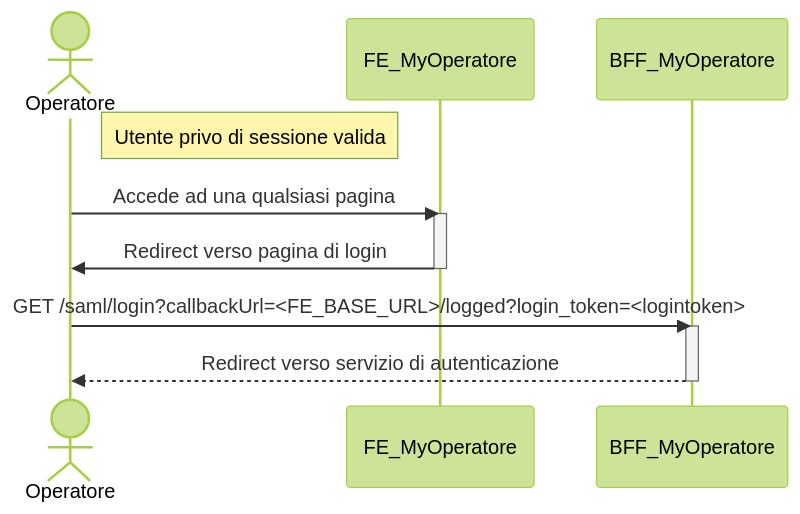
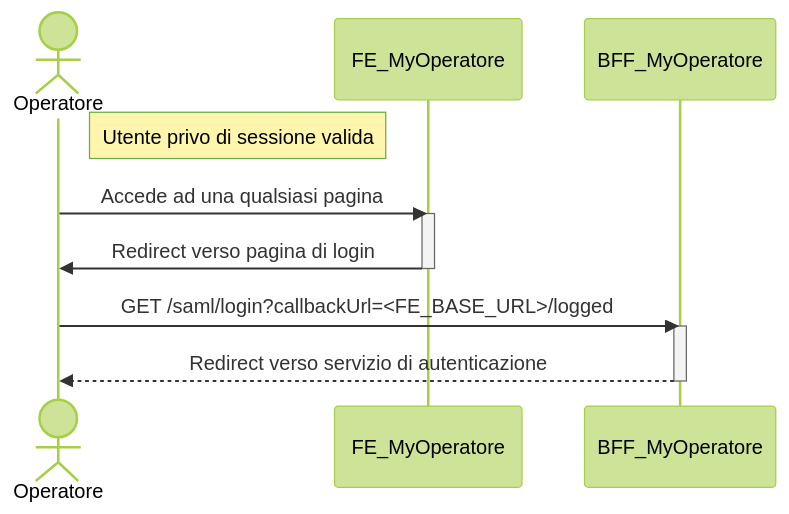
One commit to pagopa/p4pa-doc changed the diagram in confluence/DesignReview/AutenticazioneEAutorizzazioneInMyPayOperatore/ASIS_noValidSession.mmd. Above: the diagram before and after it, drawn with Mermaid (forest theme). The commit also changed 1 other file, not shown here.

Commit message:
P4ADEV-245 DR sequence diagrams

```diff
--- a/confluence/DesignReview/AutenticazioneEAutorizzazioneInMyPayOperatore/ASIS_noValidSession.mmd
+++ b/confluence/DesignReview/AutenticazioneEAutorizzazioneInMyPayOperatore/ASIS_noValidSession.mmd
@@ -1,15 +1,15 @@
 sequenceDiagram
     actor Operatore
     participant FE as FE_MyOperatore
     participant BFF as BFF_MyOperatore
 
     note right of Operatore: Utente privo di sessione valida
     Operatore ->> FE: Accede ad una qualsiasi pagina
     activate FE
     FE ->> Operatore: Redirect verso pagina di login
     deactivate FE
 
-    Operatore ->> BFF: GET /saml/login?callbackUrl=<FE_BASE_URL>/logged?login_token=<logintoken>
+    Operatore ->> BFF: GET /saml/login?callbackUrl=<FE_BASE_URL>/logged
     activate BFF
     BFF -->> Operatore: Redirect verso servizio di autenticazione
     deactivate BFF
```
